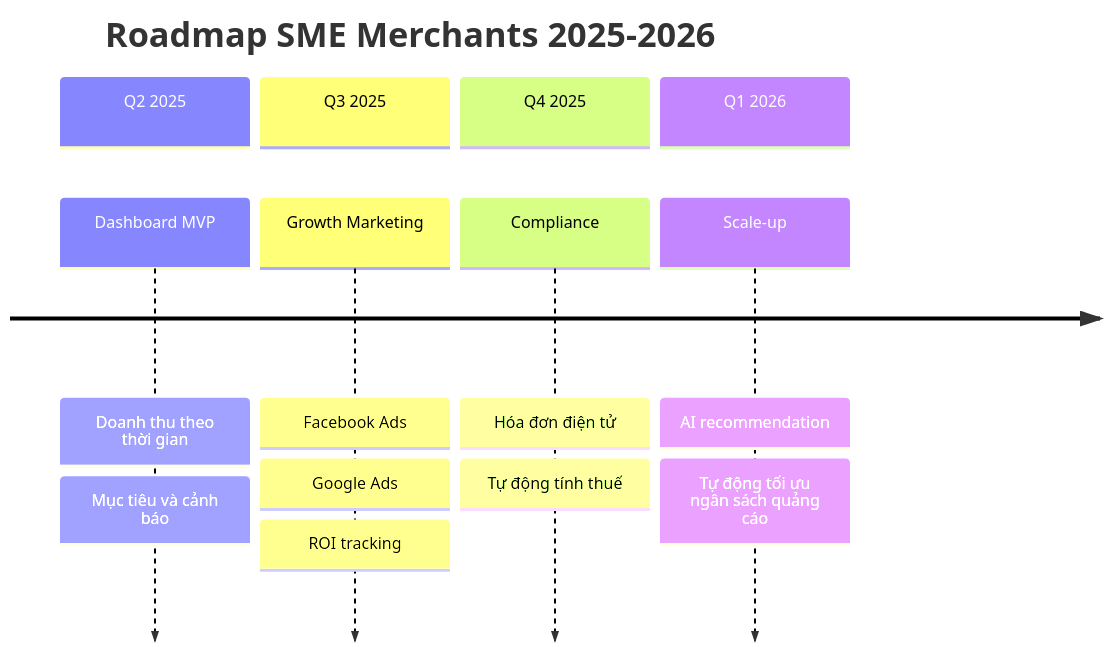
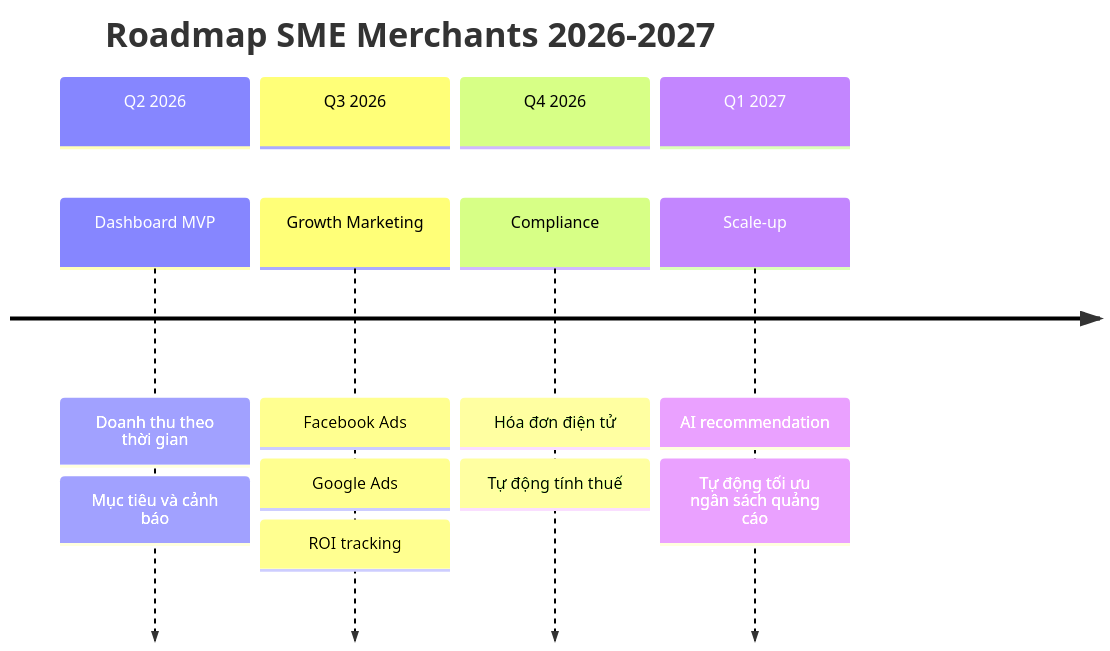
Diagram 11 of 11 in product-areas/sme-merchants-product-design.md (lamtquyen03/momo-product-engineering), drawn with Mermaid before and after one commit.

Commit message:
[ROADMAP] Update implementation roadmap to 2026-2027

````diff
--- a/product-areas/sme-merchants-product-design.md
+++ b/product-areas/sme-merchants-product-design.md
@@ -365,21 +365,21 @@
 ```mermaid
 timeline
-    title Roadmap SME Merchants 2025-2026
-    section Q2 2025
+    title Roadmap SME Merchants 2026-2027
+    section Q2 2026
         Dashboard MVP
         : Doanh thu theo thời gian
         : Mục tiêu và cảnh báo
-    section Q3 2025
+    section Q3 2026
         Growth Marketing
         : Facebook Ads
         : Google Ads
         : ROI tracking
-    section Q4 2025
+    section Q4 2026
         Compliance
         : Hóa đơn điện tử
         : Tự động tính thuế
-    section Q1 2026
+    section Q1 2027
         Scale-up
         : AI recommendation
         : Tự động tối ưu ngân sách quảng cáo
 ```
````
